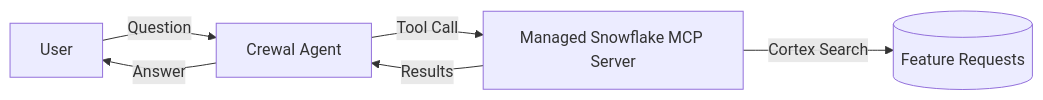
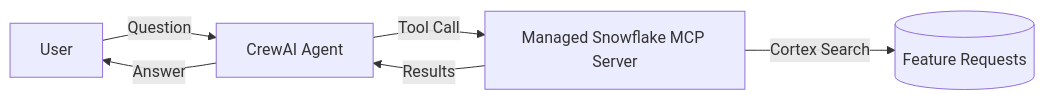
The diagram in snowflake_managed_mcp/README.md (MauriceKuenicke/AI-Showcase), drawn with Mermaid before and after one commit. The commit also changed 3 other files, not shown here.

````diff
--- a/snowflake_managed_mcp/README.md
+++ b/snowflake_managed_mcp/README.md
@@ -22,8 +22,8 @@
 ```mermaid
 flowchart LR
-    User -->|Question| Agent[CrewaI Agent]
+    User -->|Question| Agent[CrewAI Agent]
     Agent -->|Tool Call| MCP[Managed Snowflake MCP Server]
     MCP -->|Cortex Search| Data[(Feature Requests)]
     MCP -->|Results| Agent
     Agent -->|Answer| User
 ```
````
